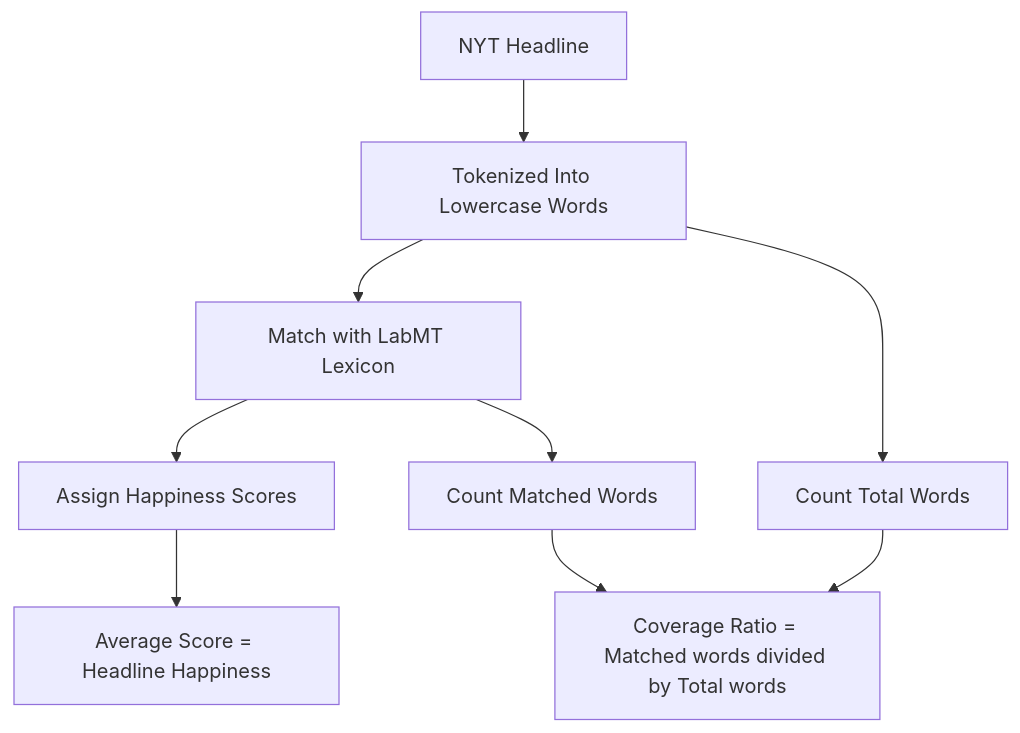
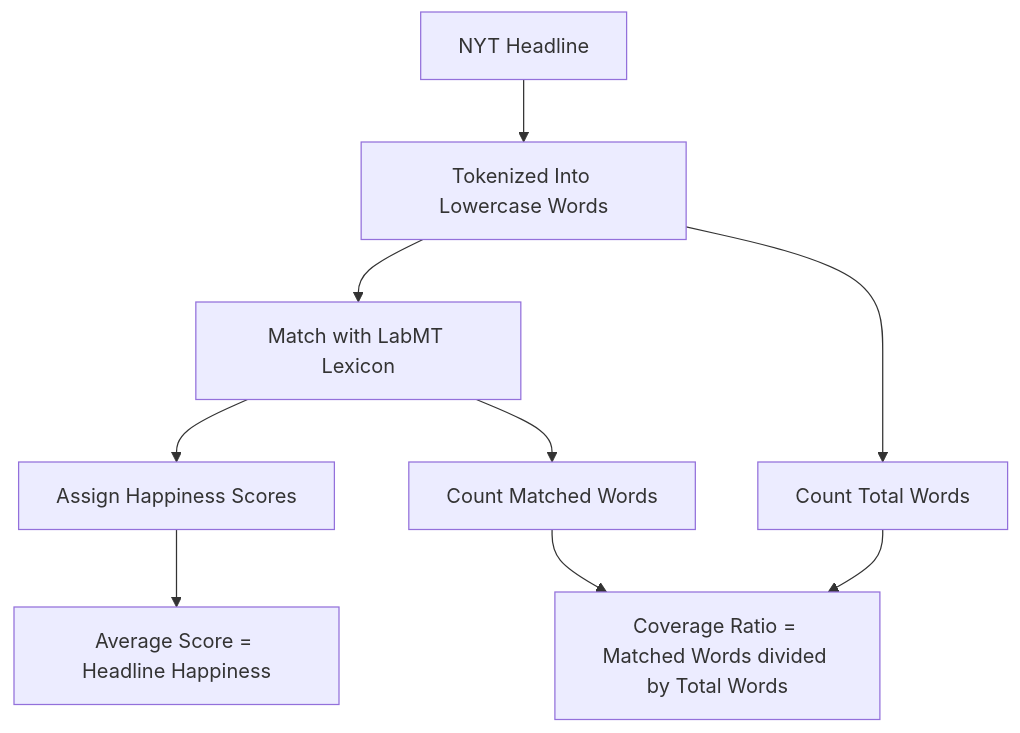
The diagram in README.md (lucywu94/Group10-hedonometer-project), drawn with Mermaid before and after one commit.

Commit message:
Improve mini-project 2 method flowchart

````diff
--- a/README.md
+++ b/README.md
@@ -200,12 +200,12 @@
 ```mermaid
 flowchart TD
 A[NYT Headline] --> B[Tokenized Into Lowercase Words]
 B --> C[Match with LabMT Lexicon]
 C --> D[Assign Happiness Scores]
 D --> E[Average Score = Headline Happiness]
 
 C --> F[Count Matched Words]
 B --> G[Count Total Words]
-F --> H[Coverage Ratio = Matched words divided by Total words]
+F --> H[Coverage Ratio = Matched Words divided by Total Words]
 G --> H
 ```
````
